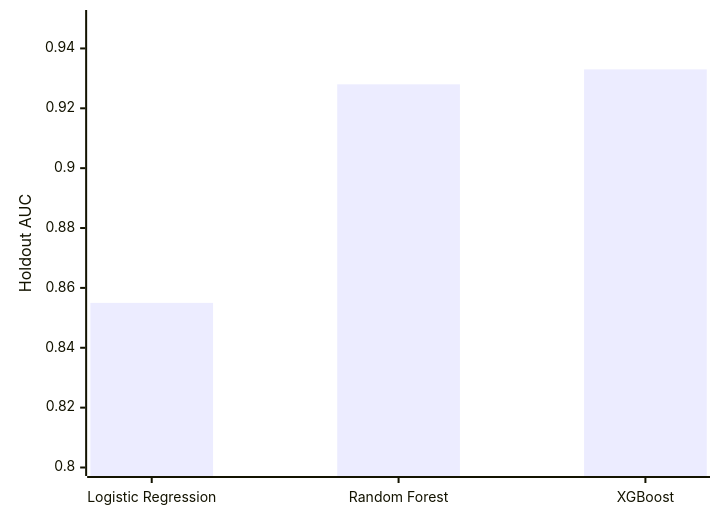
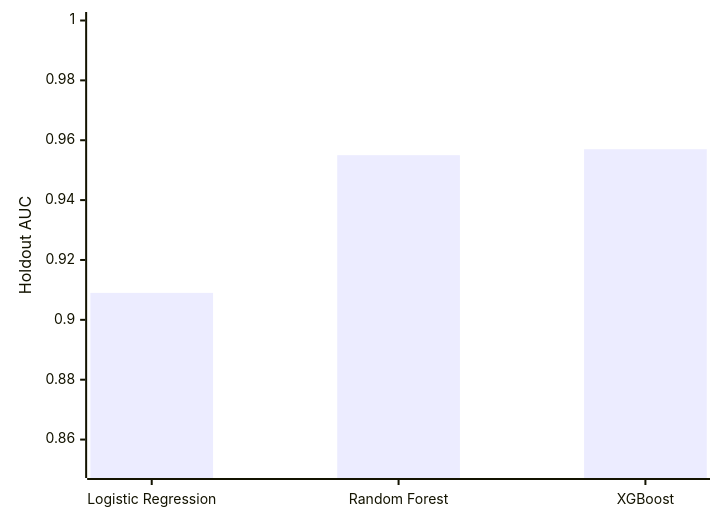
One commit to YotamEviatar-stu/Predict-Dropout changed the third of 4 diagrams in README.md. Above: the diagram before and after it, drawn with Mermaid. The commit also changed other lines of this file and 16395 other files, not shown here.

````diff
--- a/README.md
+++ b/README.md
@@ -15,6 +38,6 @@
 ```mermaid
 xychart-beta
     x-axis ["Logistic Regression", "Random Forest", "XGBoost"]
-    y-axis "Holdout AUC" 0.8 --> 0.95
-    bar [0.855, 0.928, 0.933]
+    y-axis "Holdout AUC" 0.85 --> 1.0
+    bar [0.909, 0.955, 0.957]
 ```
````
